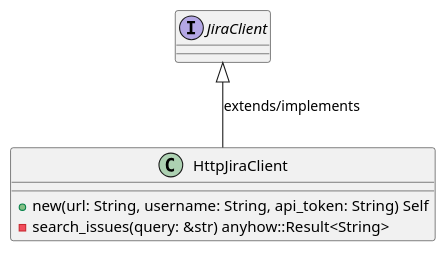
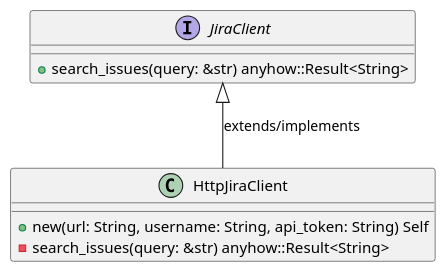
One commit to lgcorzo/rust_CACD_autonomous_factory changed the first of 6 diagrams in openwiki/crates_factory_infrastructure_src_jira.md. Above: the diagram before and after it, drawn with PlantUML. The commit also changed other lines of this file and 96 other files, not shown here.

````diff
--- a/openwiki/crates_factory_infrastructure_src_jira.md
+++ b/openwiki/crates_factory_infrastructure_src_jira.md
@@ -100,12 +128,13 @@
 ```plantuml
 @startuml
 class HttpJiraClient {
     +new(url: String, username: String, api_token: String) Self
     -search_issues(query: &str) anyhow::Result<String>
 }
 JiraClient <|-- HttpJiraClient : extends/implements
 interface JiraClient {
+    +search_issues(query: &str) anyhow::Result<String>
 }
 @enduml
 
 ```
````
